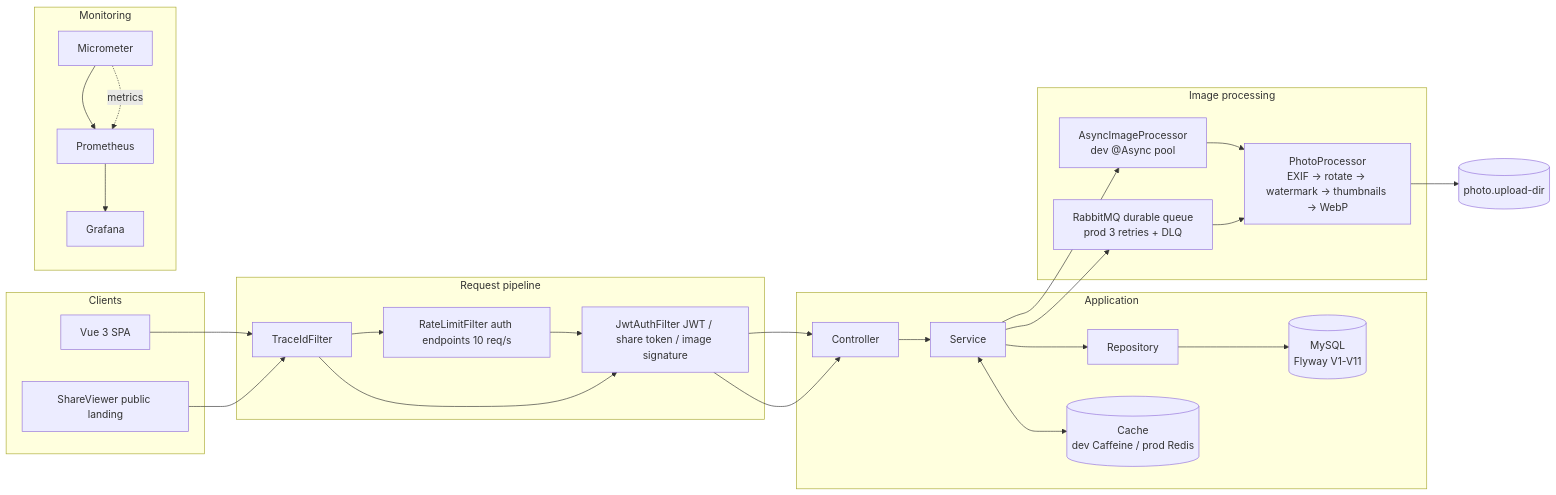
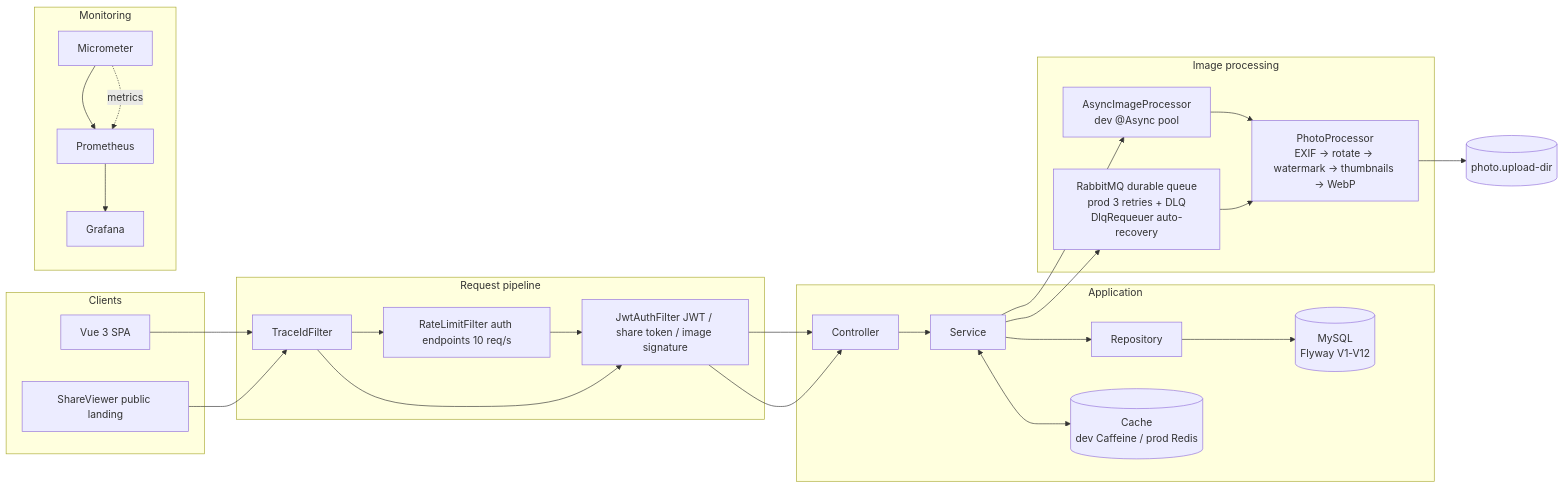
Before and after one commit to LJ000003/photo-gallery: the diagram in README.en.md, drawn with Mermaid. The commit also changed 41 other files, not shown here.

````diff
--- a/README.en.md
+++ b/README.en.md
@@ -11,28 +11,28 @@
 ```mermaid
 flowchart LR
     subgraph Clients
         SPA[Vue 3 SPA]
         SHARE[ShareViewer public landing]
     end
     subgraph Request pipeline
         F1[TraceIdFilter]
         F2[RateLimitFilter auth endpoints 10 req/s]
         F3[JwtAuthFilter JWT / share token / image signature]
     end
     subgraph Application
-        C[Controller] --> S[Service] --> R[Repository] --> DB[(MySQL<br/>Flyway V1-V11)]
+        C[Controller] --> S[Service] --> R[Repository] --> DB[(MySQL<br/>Flyway V1-V12)]
         S <--> CACHE[(Cache<br/>dev Caffeine / prod Redis)]
     end
     subgraph Image processing
         A1[AsyncImageProcessor<br/>dev @Async pool]
-        A2[RabbitMQ durable queue<br/>prod 3 retries + DLQ]
+        A2[RabbitMQ durable queue<br/>prod 3 retries + DLQ<br/>DlqRequeuer auto-recovery]
         PROC[PhotoProcessor<br/>EXIF → rotate → watermark → thumbnails → WebP]
     end
     subgraph Monitoring
         M[Micrometer] --> PR[Prometheus] --> G[Grafana]
     end
     SPA --> F1 --> F2 --> F3 --> C
     SHARE --> F1 --> F3 --> C
     S --> A1 & A2 --> PROC --> STOR[(photo.upload-dir)]
     M -. metrics .-> PR
 ```
````
